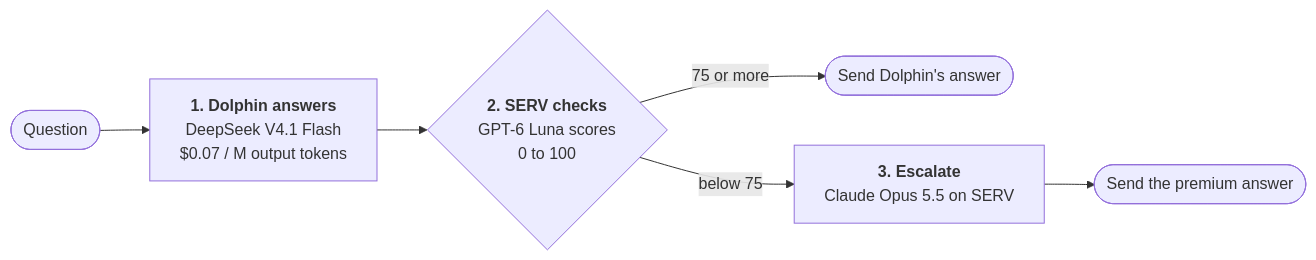
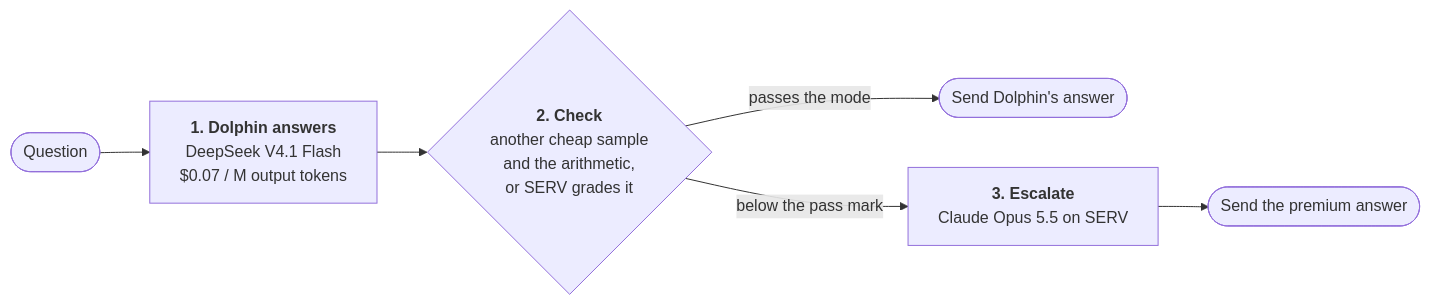
Before and after one commit to robd-hub/cheap-first: the diagram in README.md, drawn with Mermaid. The commit also changed other lines of this file and 25 other files, not shown here.

First line of the commit message:
Check numbers and choices with a second cheap sample.

````diff
--- a/README.md
+++ b/README.md
@@ -38,8 +38,8 @@
 ```mermaid
 flowchart LR
     Q([Question]) --> D["<b>1. Dolphin answers</b><br/>DeepSeek V4.1 Flash<br/>$0.07 / M output tokens"]
-    D --> C{"<b>2. SERV checks</b><br/>GPT-6 Luna scores<br/>0 to 100"}
-    C -- "75 or more" --> A([Send Dolphin's answer])
-    C -- "below 75" --> P["<b>3. Escalate</b><br/>Claude Opus 5.5 on SERV"]
+    D --> C{"<b>2. Check</b><br/>another cheap sample<br/>and the arithmetic,<br/>or SERV grades it"}
+    C -- "passes the mode" --> A([Send Dolphin's answer])
+    C -- "below the pass mark" --> P["<b>3. Escalate</b><br/>Claude Opus 5.5 on SERV"]
     P --> B([Send the premium answer])
 ```
````
